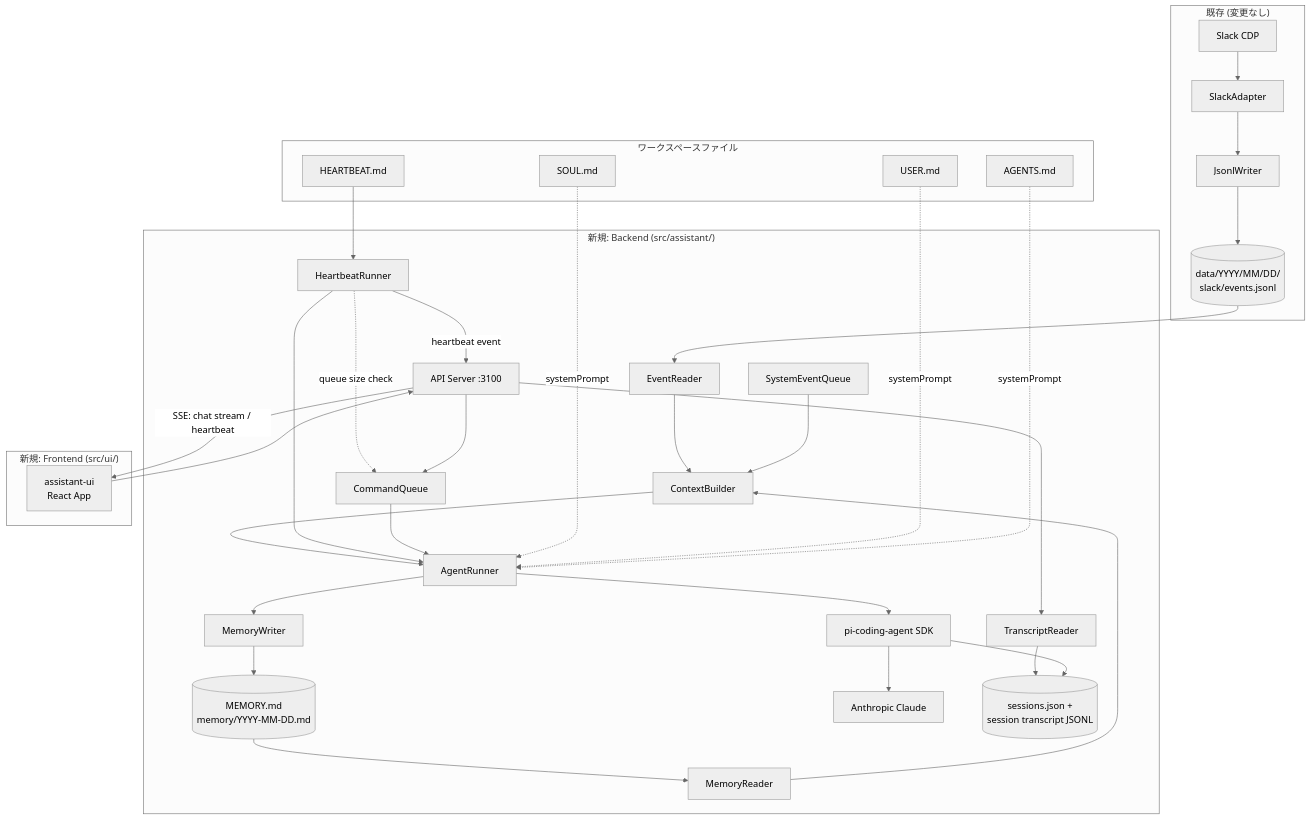
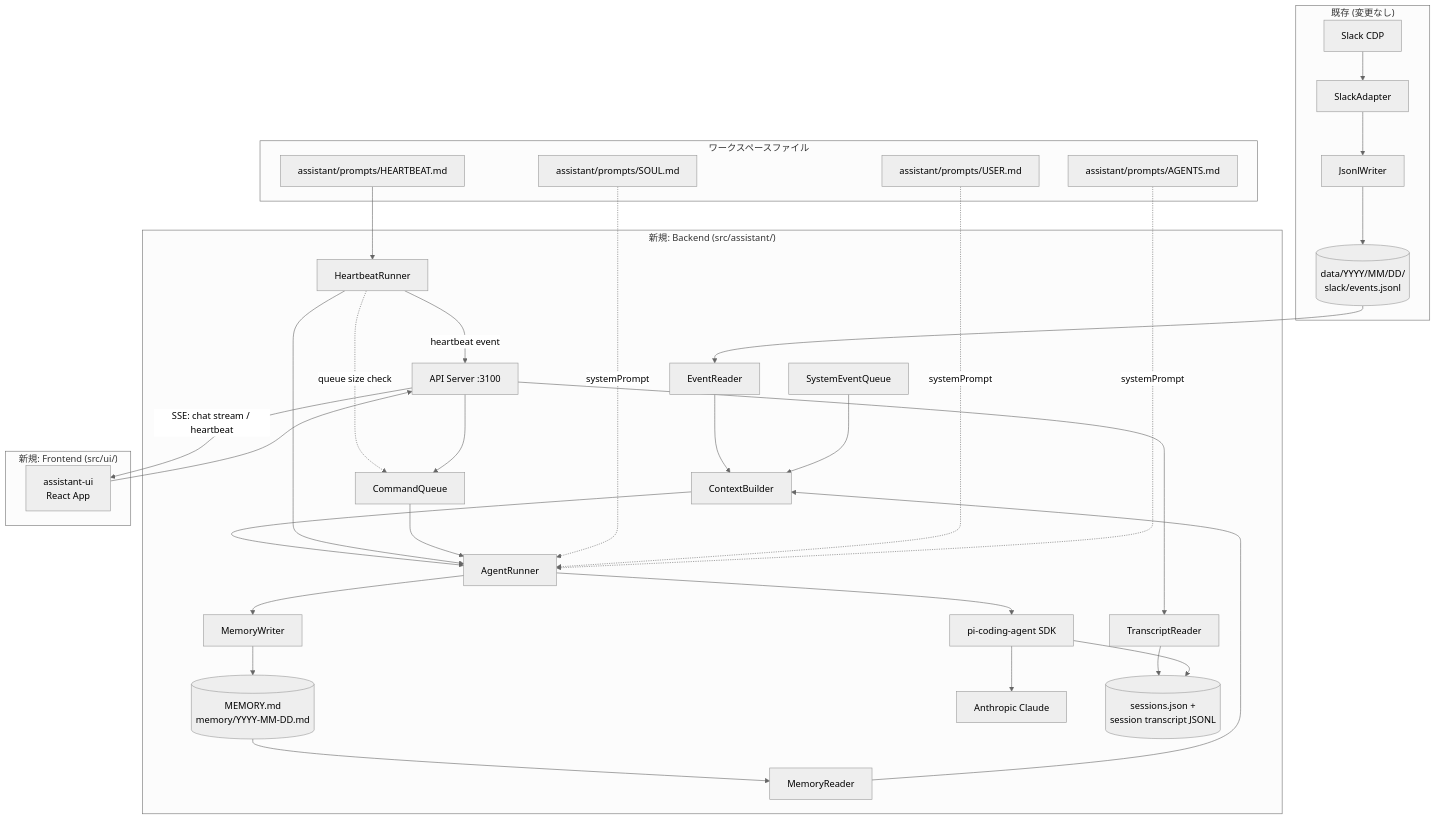
The first of 5 diagrams in doc/plan/260214-s01-ai-assistant-mvp.md (masahide/adjutant), drawn with Mermaid (neutral theme) before and after one commit. The commit also changed other lines of this file and 24 other files, not shown here.

````diff
--- a/doc/plan/260214-s01-ai-assistant-mvp.md
+++ b/doc/plan/260214-s01-ai-assistant-mvp.md
@@ -981,46 +981,46 @@
 ```mermaid
 graph TD
     subgraph "既存 (変更なし)"
         CDP[Slack CDP] --> SA[SlackAdapter]
         SA --> JW[JsonlWriter]
         JW --> JSONL[(data/YYYY/MM/DD/<br/>slack/events.jsonl)]
     end
 
     subgraph "新規: Backend (src/assistant/)"
         JSONL --> ER[EventReader]
         ER --> CB[ContextBuilder]
         SEQ[SystemEventQueue] --> CB
         MEM[(MEMORY.md<br/>memory/YYYY-MM-DD.md)] --> MR[MemoryReader]
         MR --> CB
         CB --> AR[AgentRunner]
         HB[HeartbeatRunner] -. "queue size check" .-> CQ[CommandQueue]
         HB --> AR
         API[API Server :3100] --> CQ
         CQ --> AR
         AR --> SDK["pi-coding-agent SDK"]
         SDK --> LLM[Anthropic Claude]
         AR --> MW[MemoryWriter]
         MW --> MEM
         API --> TR[TranscriptReader]
         TR --> SESS[(sessions.json +<br/>session transcript JSONL)]
         SDK --> SESS
     end
 
     subgraph "新規: Frontend (src/ui/)"
         UI["assistant-ui<br/>React App"] --> API
     end
 
     subgraph "ワークスペースファイル"
-        SOUL[SOUL.md]
-        USER[USER.md]
-        AGENTS[AGENTS.md]
-        HBMD[HEARTBEAT.md]
+        SOUL[assistant/prompts/SOUL.md]
+        USER[assistant/prompts/USER.md]
+        AGENTS[assistant/prompts/AGENTS.md]
+        HBMD[assistant/prompts/HEARTBEAT.md]
     end
 
     SOUL -. "systemPrompt" .-> AR
     USER -. "systemPrompt" .-> AR
     AGENTS -. "systemPrompt" .-> AR
     HBMD --> HB
     HB -- "heartbeat event" --> API
     API -- "SSE: chat stream / heartbeat" --> UI
 ```
````
